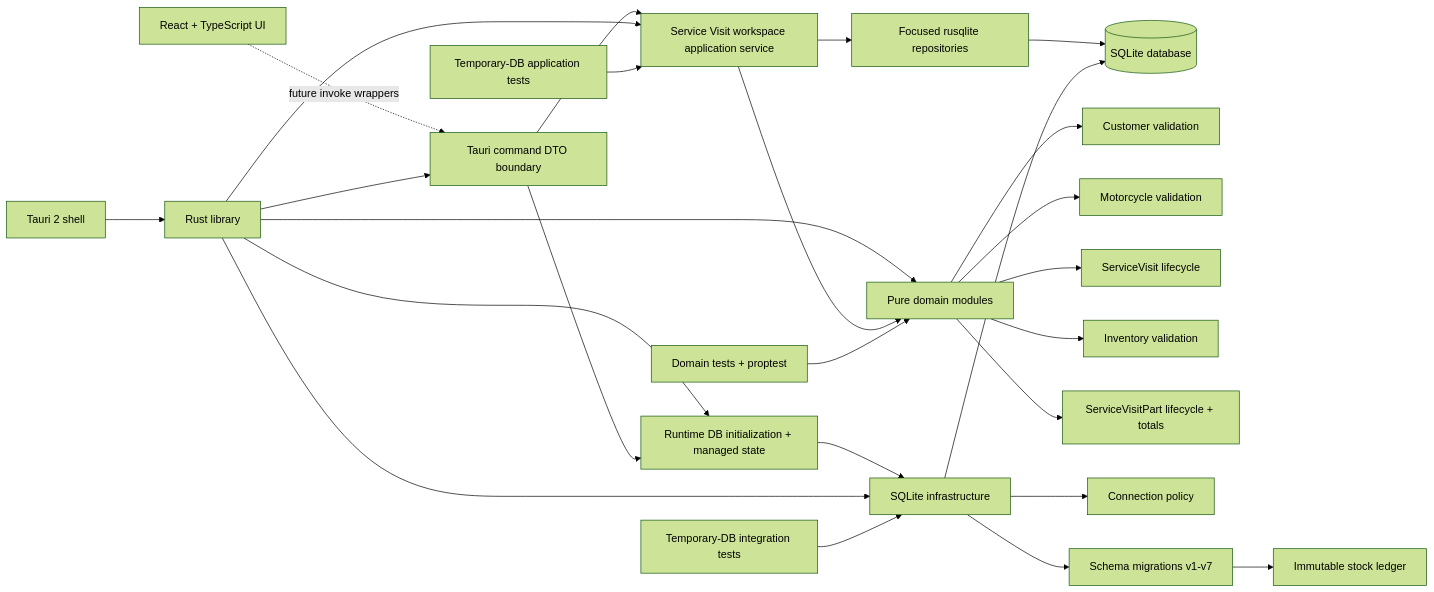
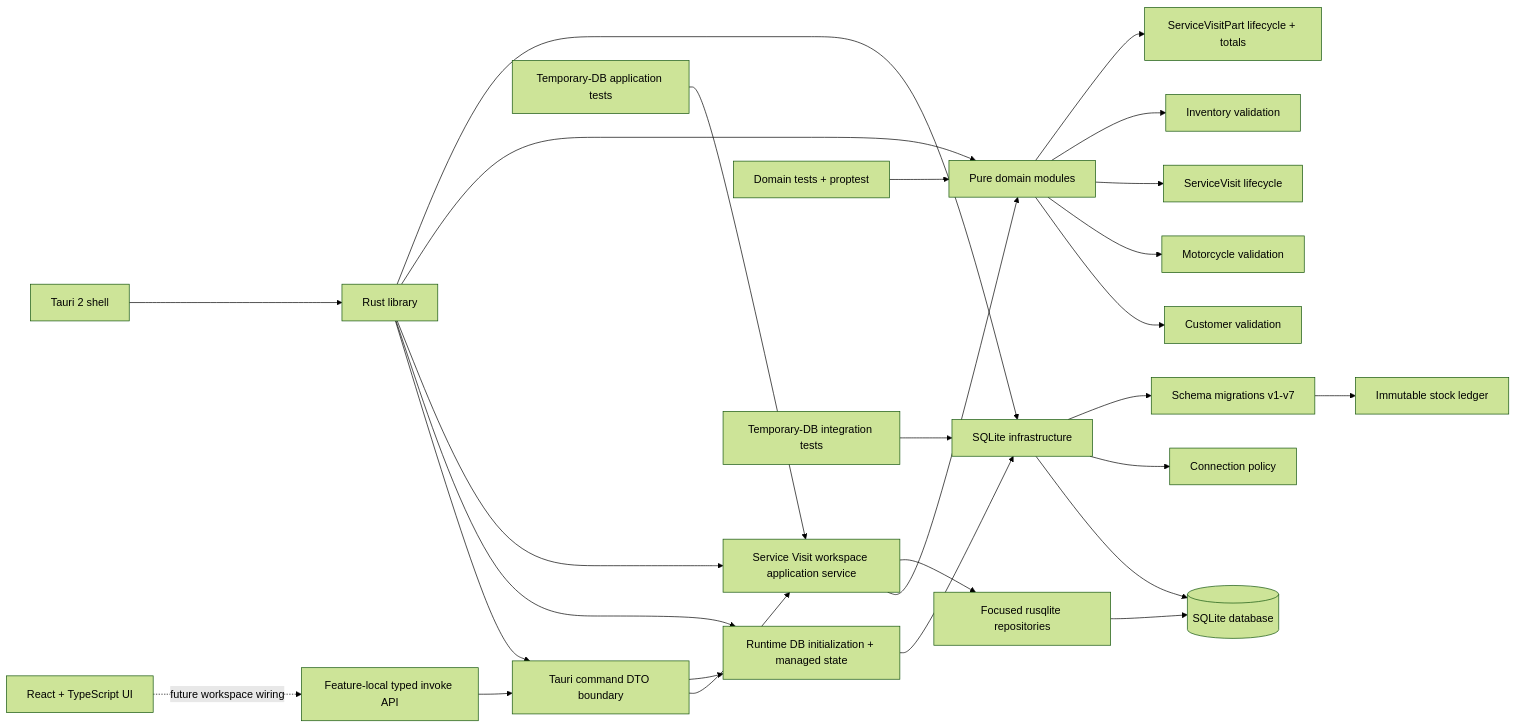
Before and after one commit to abdfarasin/moto-workshop: the diagram in SOFTWARE_ARCHITECTURE.md, drawn with Mermaid (forest theme). The commit also changed other lines of this file and 5 other files, not shown here.

Commit message:
feat: add typed service visit Tauri client

````diff
--- a/SOFTWARE_ARCHITECTURE.md
+++ b/SOFTWARE_ARCHITECTURE.md
@@ -7,30 +7,31 @@
 ```mermaid
 flowchart LR
-    UI[React + TypeScript UI] -.->|future invoke wrappers| COMMANDS[Tauri command DTO boundary]
+    UI[React + TypeScript UI] -.->|future workspace wiring| API[Feature-local typed invoke API]
+    API --> COMMANDS[Tauri command DTO boundary]
     SHELL[Tauri 2 shell] --> LIB[Rust library]
     LIB --> COMMANDS
     LIB --> RUNTIME[Runtime DB initialization + managed state]
     COMMANDS --> APP
     COMMANDS --> RUNTIME
     RUNTIME --> DB
     LIB --> APP[Service Visit workspace application service]
     LIB --> DOMAIN[Pure domain modules]
     LIB --> DB[SQLite infrastructure]
     APP --> DOMAIN
     APP --> REPOS[Focused rusqlite repositories]
     REPOS --> SQLITE
     DB --> SQLITE[(SQLite database)]
 
     DOMAIN --> CUSTOMER[Customer validation]
     DOMAIN --> MOTORCYCLE[Motorcycle validation]
     DOMAIN --> VISIT[ServiceVisit lifecycle]
     DOMAIN --> INVENTORY[Inventory validation]
     DOMAIN --> PARTS[ServiceVisitPart lifecycle + totals]
     DB --> CONNECTION[Connection policy]
     DB --> MIGRATIONS[Schema migrations v1-v7]
     MIGRATIONS --> LEDGER[Immutable stock ledger]
 
     DTESTS[Domain tests + proptest] --> DOMAIN
     DBTESTS[Temporary-DB integration tests] --> DB
     APPTESTS[Temporary-DB application tests] --> APP
 ```
````
